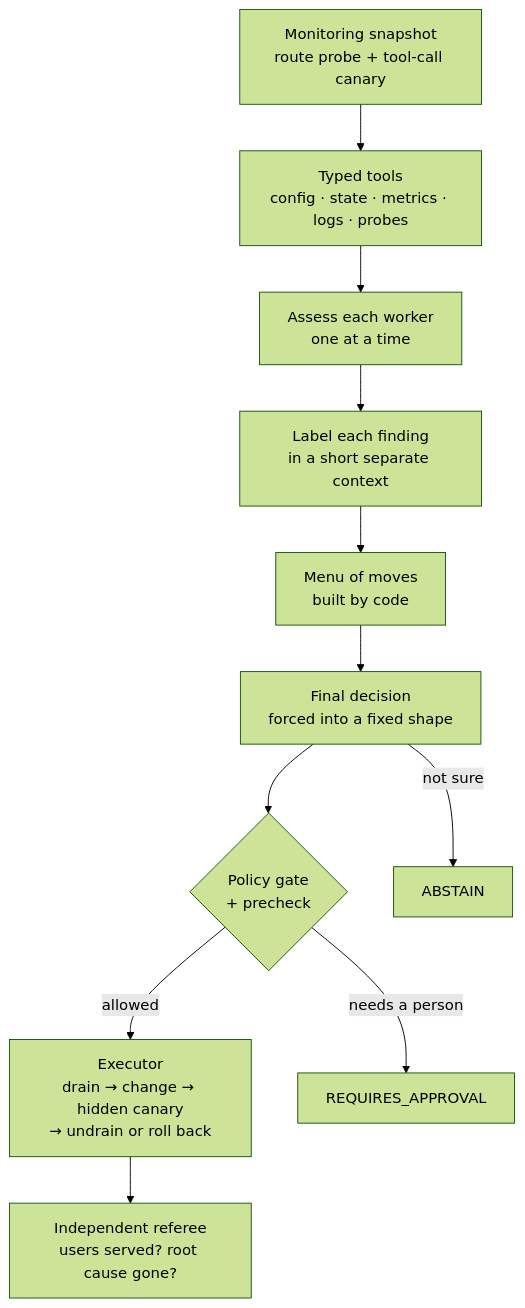
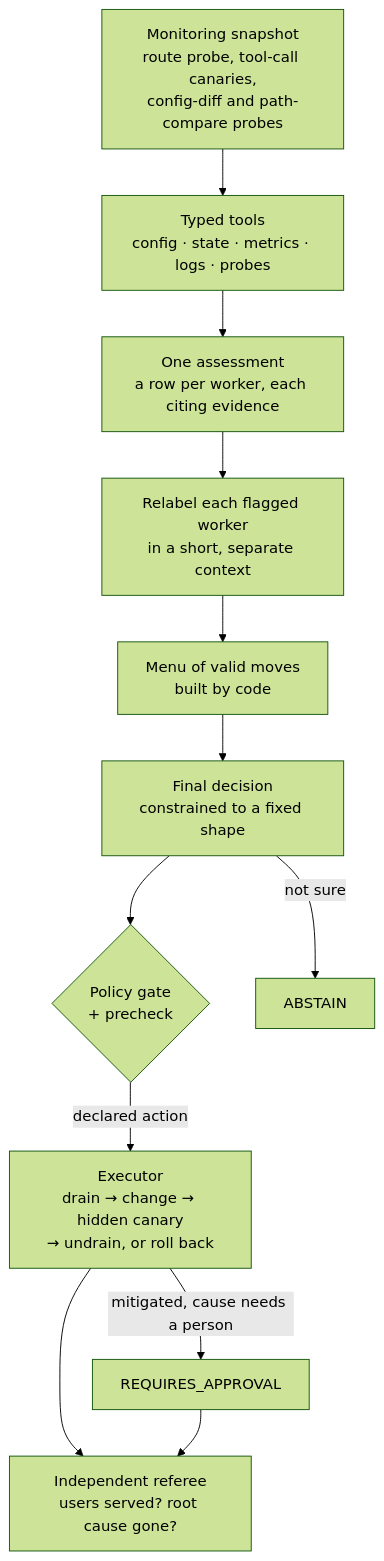
The fourth of 4 diagrams in README.md (the-Shallow/Nexus_Omega), drawn with Mermaid (forest theme) before and after one commit. The commit also changed other lines of this file and 1 other file, not shown here.

````diff
--- a/README.md
+++ b/README.md
@@ -124,13 +166,14 @@
 ```mermaid
 flowchart TD
-    S[Monitoring snapshot<br/>route probe + tool-call canary] --> T[Typed tools<br/>config · state · metrics · logs · probes]
-    T --> A[Assess each worker<br/>one at a time]
-    A --> L[Label each finding<br/>in a short separate context]
-    L --> M[Menu of moves<br/>built by code]
-    M --> D[Final decision<br/>forced into a fixed shape]
+    S[Monitoring snapshot<br/>route probe, tool-call canaries,<br/>config-diff and path-compare probes] --> T[Typed tools<br/>config · state · metrics · logs · probes]
+    T --> A[One assessment<br/>a row per worker, each citing evidence]
+    A --> L[Relabel each flagged worker<br/>in a short, separate context]
+    L --> M[Menu of valid moves<br/>built by code]
+    M --> D[Final decision<br/>constrained to a fixed shape]
     D --> P{Policy gate<br/>+ precheck}
-    P -- allowed --> E[Executor<br/>drain → change → hidden canary<br/>→ undrain or roll back]
-    P -- needs a person --> H[REQUIRES_APPROVAL]
+    P -- declared action --> E[Executor<br/>drain → change → hidden canary<br/>→ undrain, or roll back]
     D -- not sure --> X[ABSTAIN]
+    E -- mitigated, cause needs a person --> H[REQUIRES_APPROVAL]
     E --> R[Independent referee<br/>users served? root cause gone?]
+    H --> R
 ```
````
